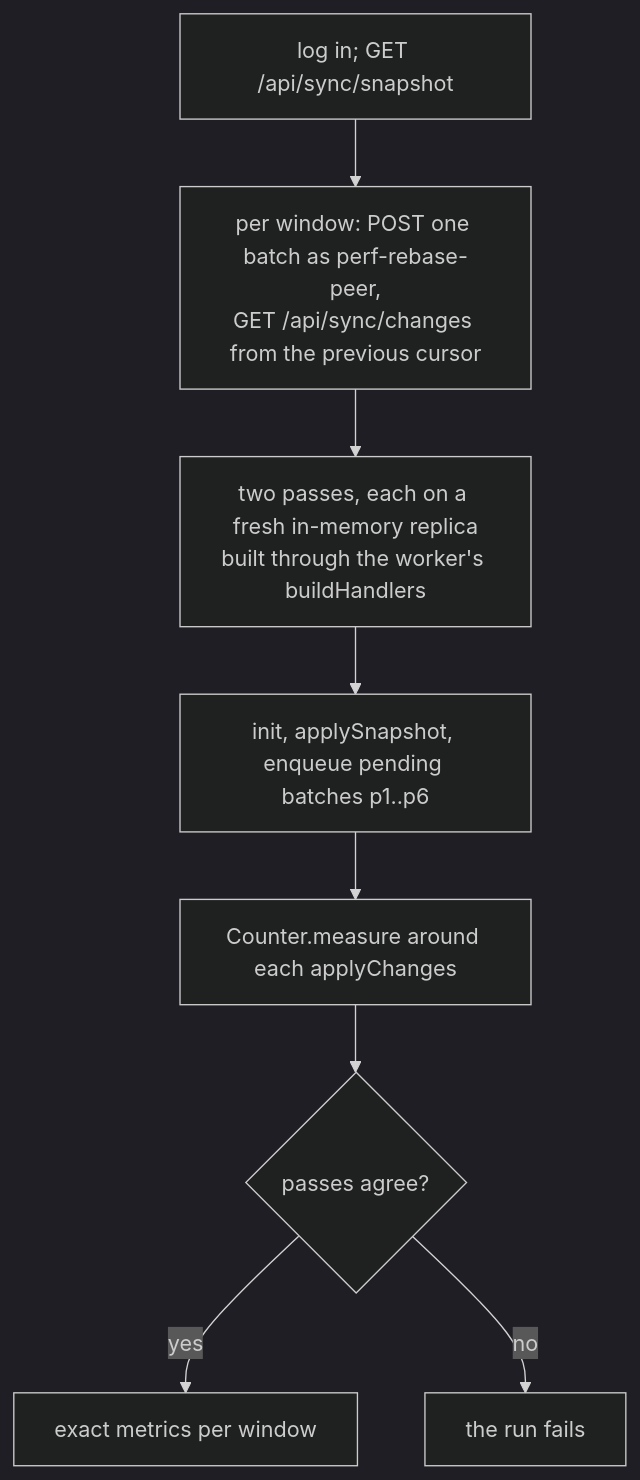
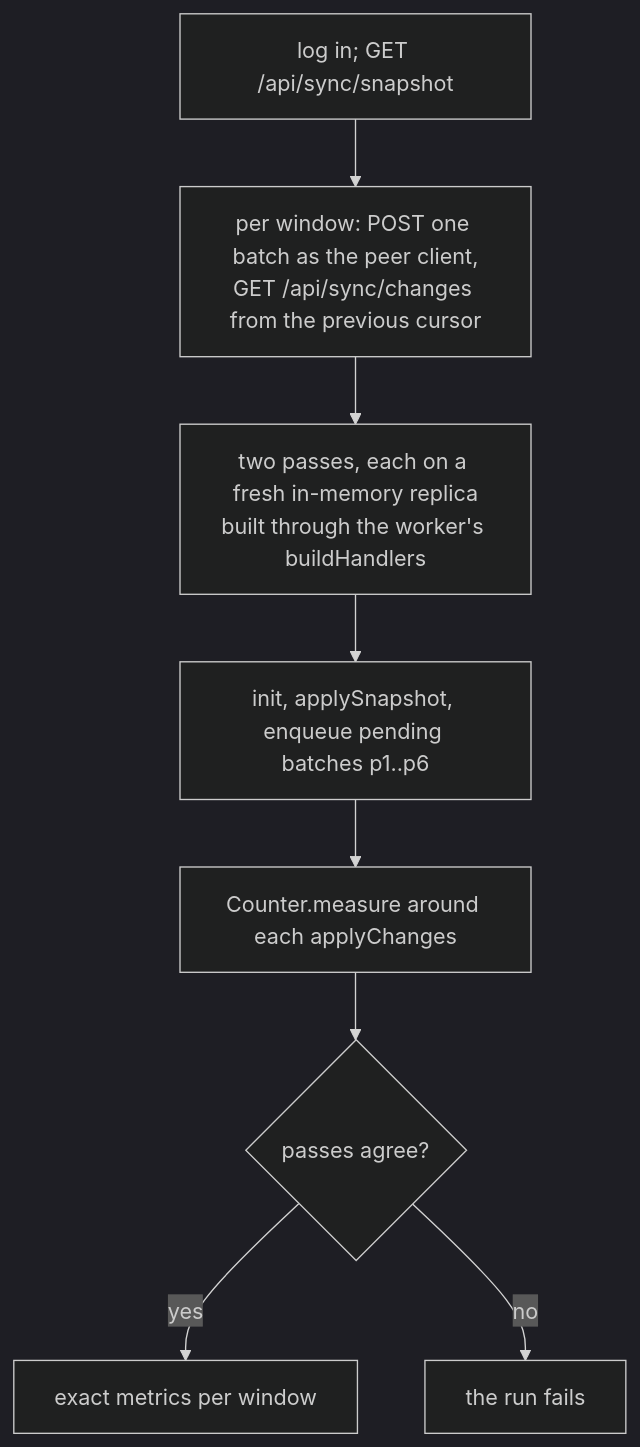
The third of 3 diagrams in docs/architecture/performance-checks.md (ArthurClune/pkm-system), drawn with Mermaid (dark theme) before and after one commit. The commit also changed 10 other files, not shown here.

Commit message:
fix(pkm-78r0): mint rebase batch ids in the shell, read sync_server logs without sentinels, docs follow the widened brand rules

````diff
--- a/docs/architecture/performance-checks.md
+++ b/docs/architecture/performance-checks.md
@@ -278,10 +278,10 @@
 ```mermaid
 flowchart TD
-  L["log in; GET /api/sync/snapshot"] --> W["per window: POST one batch as perf-rebase-peer,<br/>GET /api/sync/changes from the previous cursor"]
+  L["log in; GET /api/sync/snapshot"] --> W["per window: POST one batch as the peer client,<br/>GET /api/sync/changes from the previous cursor"]
   W --> P["two passes, each on a fresh in-memory replica<br/>built through the worker's buildHandlers"]
   P --> Q["init, applySnapshot, enqueue pending batches p1..p6"]
   Q --> M["Counter.measure around each applyChanges"]
   M --> A{"passes agree?"}
   A -->|"yes"| O["exact metrics per window"]
   A -->|"no"| E["the run fails"]
 ```
````
